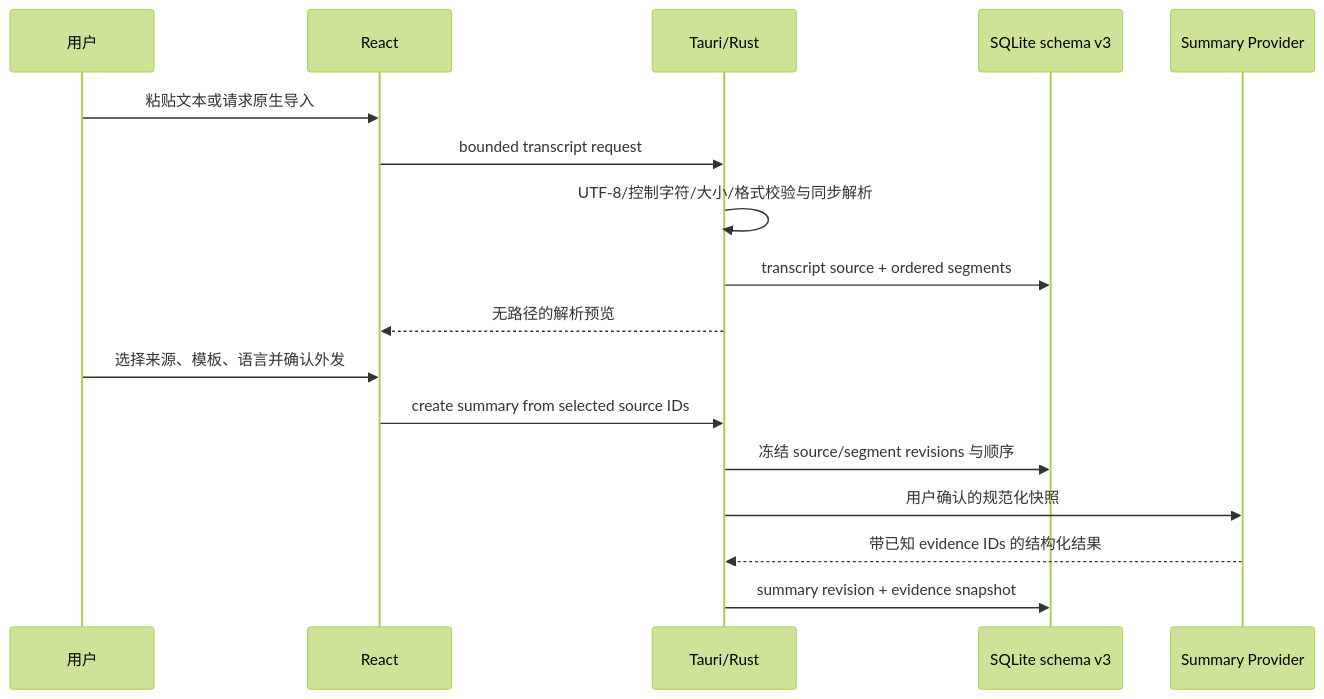
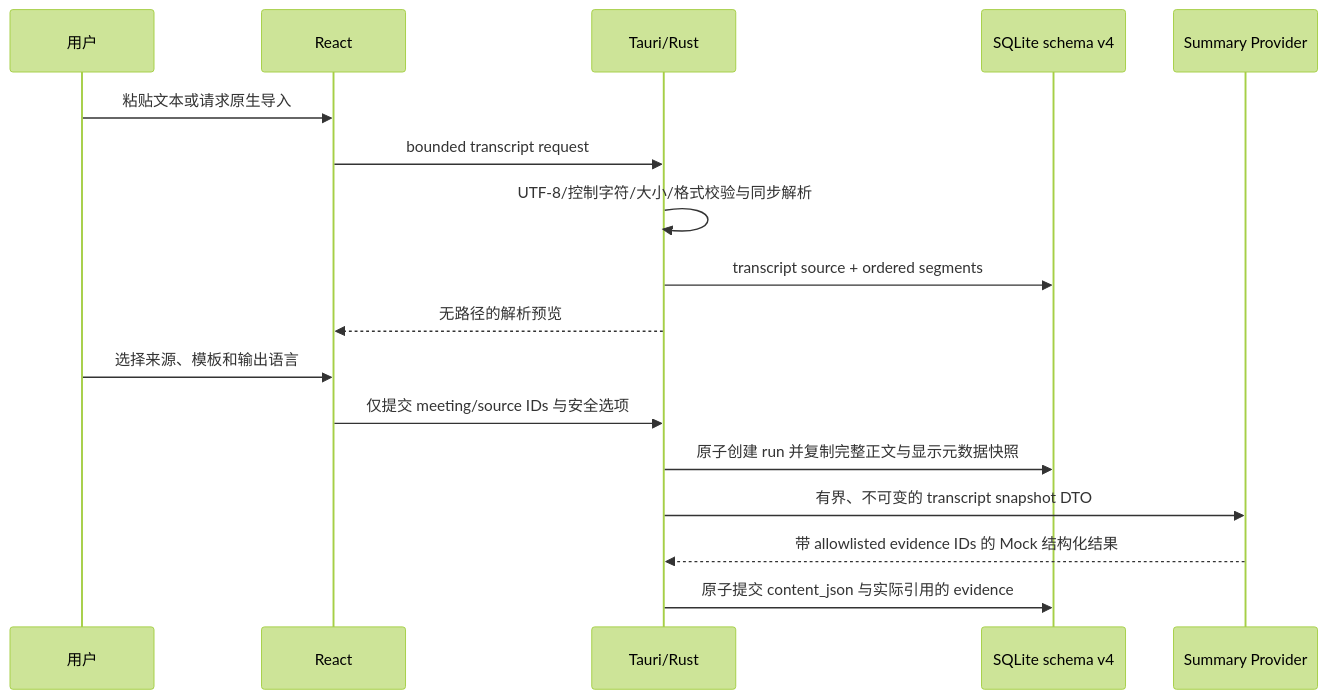
One commit to Gray-8a/MeetingLens changed the fifth of 7 diagrams in ARCHITECTURE.md. Above: the diagram before and after it, drawn with Mermaid (forest theme). The commit also changed other lines of this file and 38 other files, not shown here.

First line of the commit message:
feat: add summary run core

````diff
--- a/ARCHITECTURE.md
+++ b/ARCHITECTURE.md
@@ -233,19 +236,19 @@
 ```mermaid
 sequenceDiagram
     participant User as 用户
     participant UI as React
     participant Rust as Tauri/Rust
-    participant DB as SQLite schema v3
+    participant DB as SQLite schema v4
     participant Summary as Summary Provider
     User->>UI: 粘贴文本或请求原生导入
     UI->>Rust: bounded transcript request
     Rust->>Rust: UTF-8/控制字符/大小/格式校验与同步解析
     Rust->>DB: transcript source + ordered segments
     Rust-->>UI: 无路径的解析预览
-    User->>UI: 选择来源、模板、语言并确认外发
-    UI->>Rust: create summary from selected source IDs
-    Rust->>DB: 冻结 source/segment revisions 与顺序
-    Rust->>Summary: 用户确认的规范化快照
-    Summary-->>Rust: 带已知 evidence IDs 的结构化结果
-    Rust->>DB: summary revision + evidence snapshot
+    User->>UI: 选择来源、模板和输出语言
+    UI->>Rust: 仅提交 meeting/source IDs 与安全选项
+    Rust->>DB: 原子创建 run 并复制完整正文与显示元数据快照
+    Rust->>Summary: 有界、不可变的 transcript snapshot DTO
+    Summary-->>Rust: 带 allowlisted evidence IDs 的 Mock 结构化结果
+    Rust->>DB: 原子提交 content_json 与实际引用的 evidence
 ```
````
